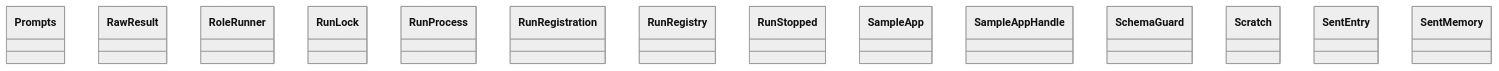
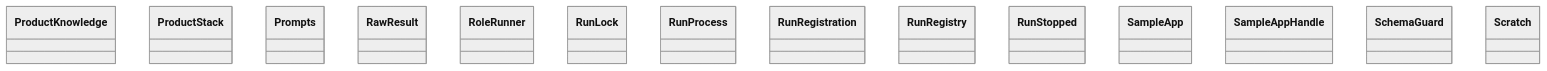
One commit to GonzaloZevallos/agentic-system changed the diagram in docs/architecture/generated/classes-process-application-support-4.md. Above: the diagram before and after it, drawn with Mermaid (neutral theme). The commit also changed other lines of this file and 18 other files, not shown here.

````diff
--- a/docs/architecture/generated/classes-process-application-support-4.md
+++ b/docs/architecture/generated/classes-process-application-support-4.md
@@ -16,17 +16,17 @@
 ```mermaid
 classDiagram
+    class ports__ProductKnowledge["ProductKnowledge"]
+    class ports__ProductStack["ProductStack"]
     class ports__Prompts["Prompts"]
     class ports__RawResult["RawResult"]
     class ports__RoleRunner["RoleRunner"]
     class ports__RunLock["RunLock"]
     class ports__RunProcess["RunProcess"]
     class ports__RunRegistration["RunRegistration"]
     class ports__RunRegistry["RunRegistry"]
     class ports__RunStopped["RunStopped"]
     class ports__SampleApp["SampleApp"]
     class ports__SampleAppHandle["SampleAppHandle"]
     class ports__SchemaGuard["SchemaGuard"]
     class ports__Scratch["Scratch"]
-    class ports__SentEntry["SentEntry"]
-    class ports__SentMemory["SentMemory"]
 ```
````
